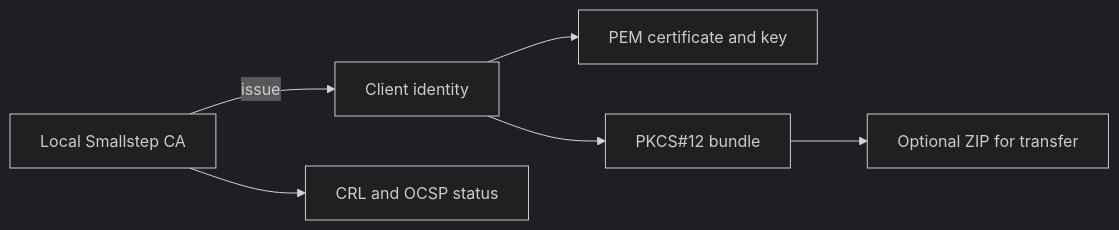
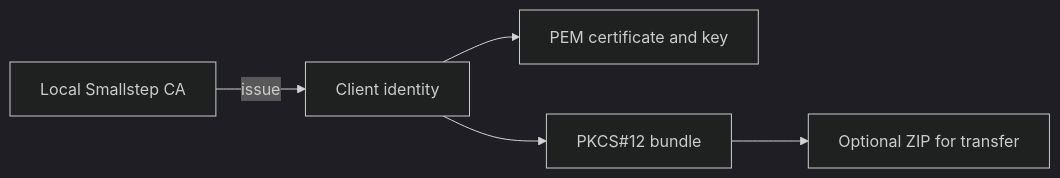
One commit to alsd4git/mtls-cli changed the diagram in README.md. Above: the diagram before and after it, drawn with Mermaid (dark theme). The commit also changed other lines of this file, not shown here.

````diff
--- a/README.md
+++ b/README.md
@@ -27,8 +37,7 @@
 ```mermaid
 flowchart LR
     A[Local Smallstep CA] -->|issue| B[Client identity]
     B --> C[PEM certificate and key]
     B --> D[PKCS#12 bundle]
     D --> E[Optional ZIP for transfer]
-    A --> F[CRL and OCSP status]
 ```
````
